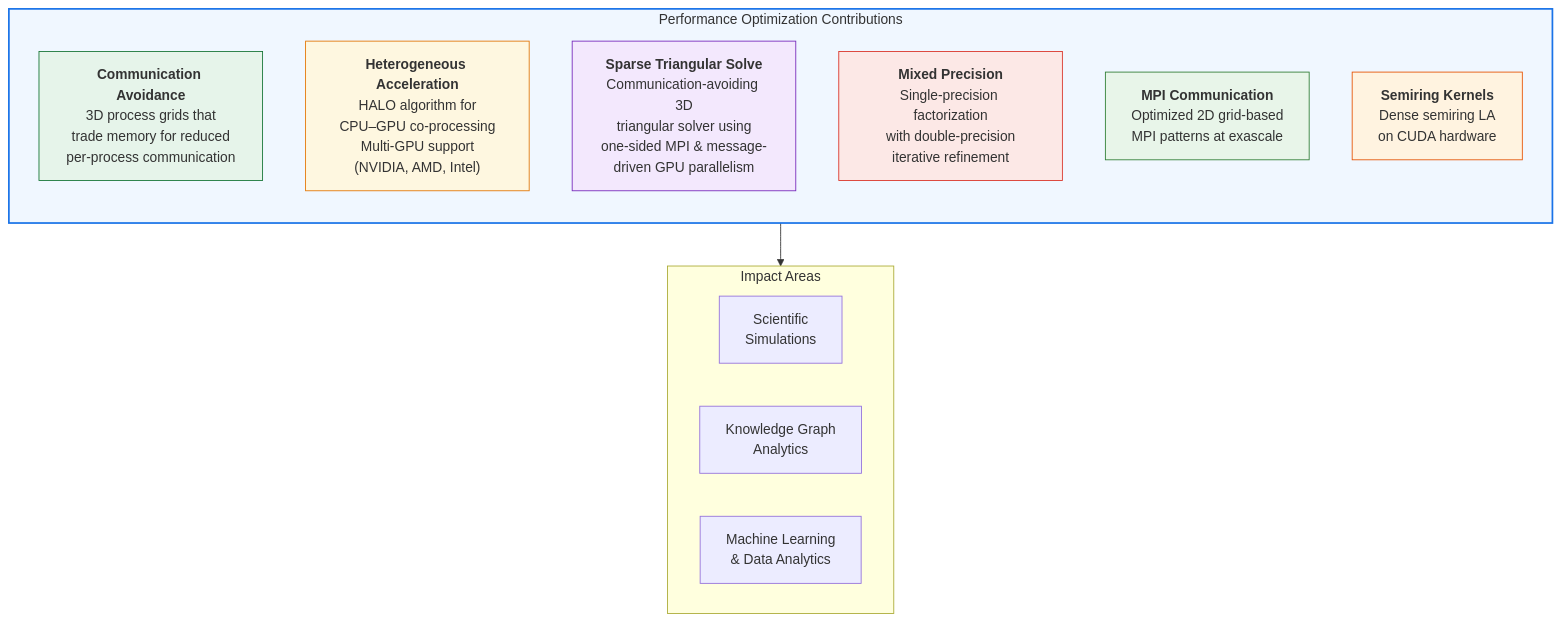
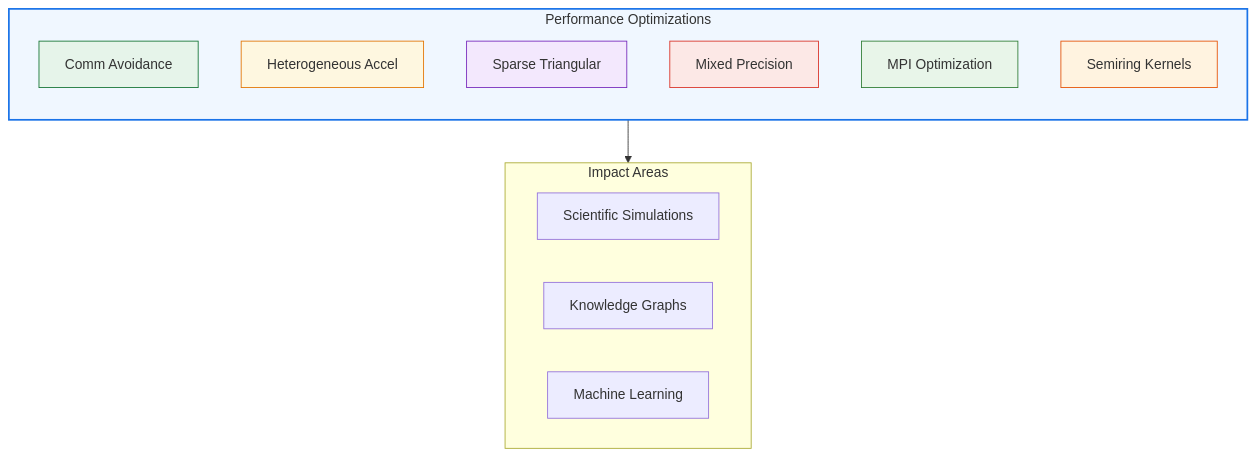
The diagram in _projects/8_commhpc.md (piyush314/piyush314.github.io), drawn with Mermaid before and after one commit. The commit also changed 5 other files, not shown here.

First line of the commit message:
fix: simplify mermaid labels to plain text for rendering

````diff
--- a/_projects/8_commhpc.md
+++ b/_projects/8_commhpc.md
@@ -18,34 +18,28 @@
 ```mermaid
 graph TB
-    subgraph Optimizations["Performance Optimization Contributions"]
+    subgraph Optimizations[Performance Optimizations]
         direction TB
-
-        CA["<b>Communication Avoidance</b><br/>3D process grids that<br/>trade memory for reduced<br/>per-process communication"]
-
-        HET["<b>Heterogeneous Acceleration</b><br/>HALO algorithm for<br/>CPU–GPU co-processing<br/>Multi-GPU support<br/>(NVIDIA, AMD, Intel)"]
-
-        TRI["<b>Sparse Triangular Solve</b><br/>Communication-avoiding 3D<br/>triangular solver using<br/>one-sided MPI & message-<br/>driven GPU parallelism"]
-
-        MXP["<b>Mixed Precision</b><br/>Single-precision factorization<br/>with double-precision<br/>iterative refinement"]
-
-        MPI["<b>MPI Communication</b><br/>Optimized 2D grid-based<br/>MPI patterns at exascale"]
-
-        SRI["<b>Semiring Kernels</b><br/>Dense semiring LA<br/>on CUDA hardware"]
+        CA[Comm Avoidance]
+        HET[Heterogeneous Accel]
+        TRI[Sparse Triangular]
+        MXP[Mixed Precision]
+        MPI[MPI Optimization]
+        SRI[Semiring Kernels]
     end
 
-    subgraph Impact["Impact Areas"]
-        SCI["Scientific<br/>Simulations"]
-        KGA["Knowledge Graph<br/>Analytics"]
-        ML["Machine Learning<br/>& Data Analytics"]
+    subgraph Impact[Impact Areas]
+        SCI[Scientific Simulations]
+        KGA[Knowledge Graphs]
+        ML[Machine Learning]
     end
 
     Optimizations --> Impact
 
     style Optimizations fill:#f0f7ff,stroke:#1a73e8,stroke-width:2px
     style CA fill:#e6f4ea,stroke:#137333
     style HET fill:#fef7e0,stroke:#e37400
     style TRI fill:#f3e8fd,stroke:#7627bb
     style MXP fill:#fce8e6,stroke:#d93025
     style MPI fill:#e8f5e9,stroke:#2e7d32
     style SRI fill:#fff3e0,stroke:#e65100
 ```
````
